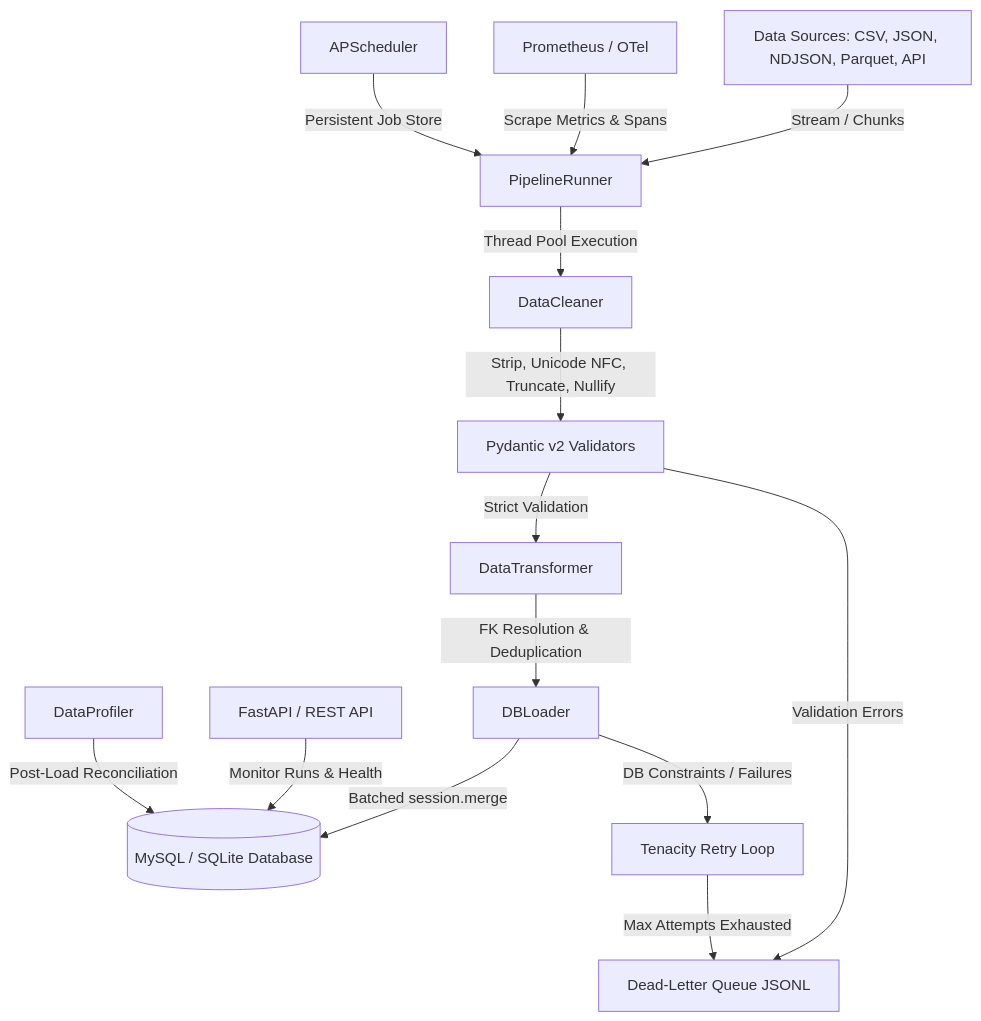
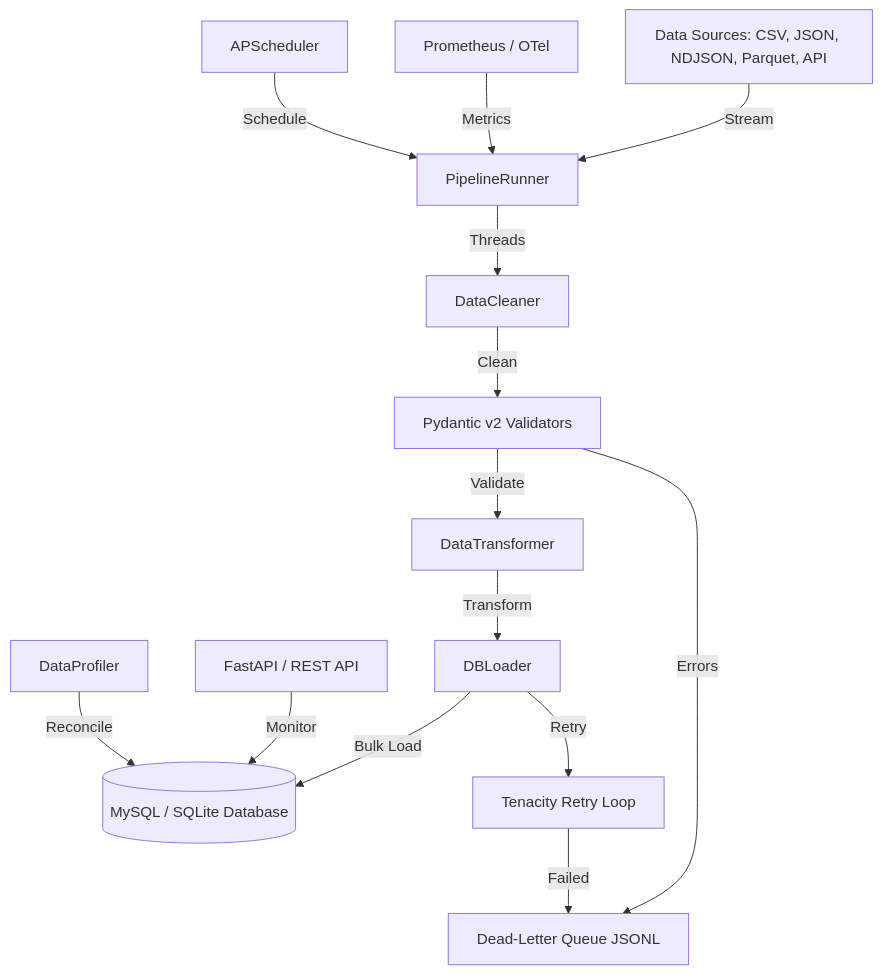
One commit to Tirthmoradiya/Scalable-Data-Ingestion-Pipeline changed the diagram in README.md. Above: the diagram before and after it, drawn with Mermaid.

Commit message:
docs: simplify README.md flowchart labels to resolve rendering issues

````diff
--- a/README.md
+++ b/README.md
@@ -14,20 +14,20 @@
 ```mermaid
 graph TD
-    A[Data Sources: CSV, JSON, NDJSON, Parquet, API] -->|Stream / Chunks| B[PipelineRunner]
-    B -->|Thread Pool Execution| C[DataCleaner]
-    C -->|Strip, Unicode NFC, Truncate, Nullify| D[Pydantic v2 Validators]
-    D -->|Strict Validation| E[DataTransformer]
-    E -->|FK Resolution & Deduplication| F[DBLoader]
-    F -->|Batched session.merge| G[(MySQL / SQLite Database)]
+    A[Data Sources: CSV, JSON, NDJSON, Parquet, API] -->|Stream| B[PipelineRunner]
+    B -->|Threads| C[DataCleaner]
+    C -->|Clean| D[Pydantic v2 Validators]
+    D -->|Validate| E[DataTransformer]
+    E -->|Transform| F[DBLoader]
+    F -->|Bulk Load| G[(MySQL / SQLite Database)]
 
     %% Error Handling
-    D -->|Validation Errors| H[Dead-Letter Queue JSONL]
-    F -->|DB Constraints / Failures| I[Tenacity Retry Loop]
-    I -->|Max Attempts Exhausted| H
+    D -->|Errors| H[Dead-Letter Queue JSONL]
+    F -->|Retry| I[Tenacity Retry Loop]
+    I -->|Failed| H
 
     %% Control & Monitoring
-    K[FastAPI / REST API] -->|Monitor Runs & Health| G
-    L[Prometheus / OTel] -->|Scrape Metrics & Spans| B
-    M[APScheduler] -->|Persistent Job Store| B
-    N[DataProfiler] -->|Post-Load Reconciliation| G
+    K[FastAPI / REST API] -->|Monitor| G
+    L[Prometheus / OTel] -->|Metrics| B
+    M[APScheduler] -->|Schedule| B
+    N[DataProfiler] -->|Reconcile| G
 ```
````
